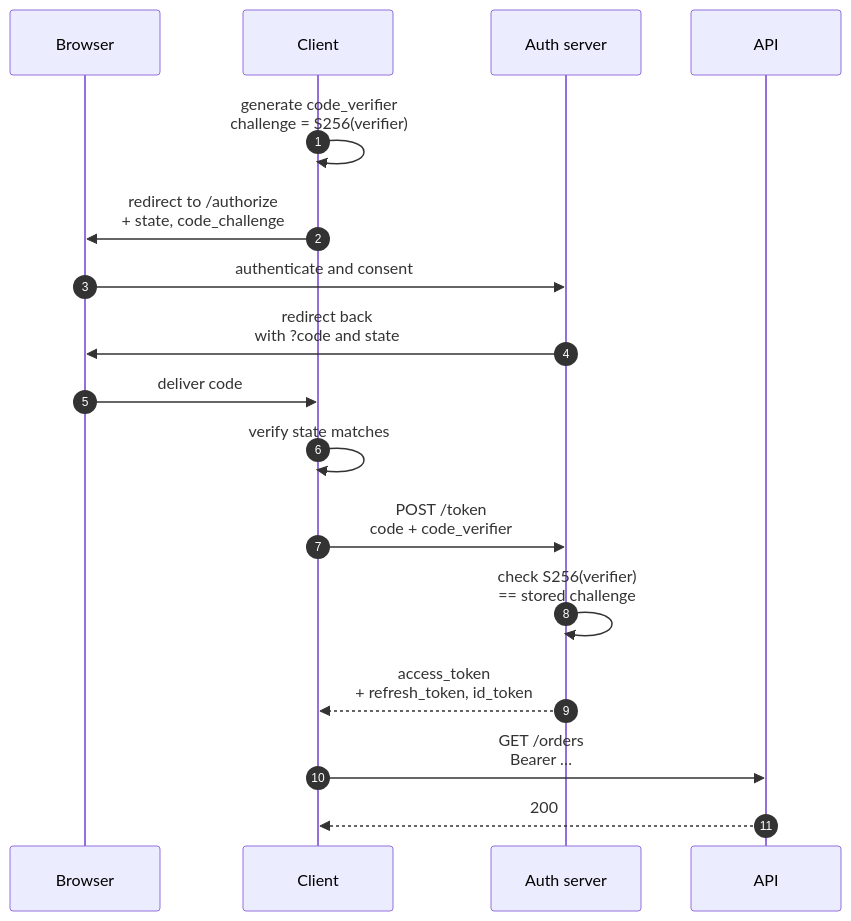
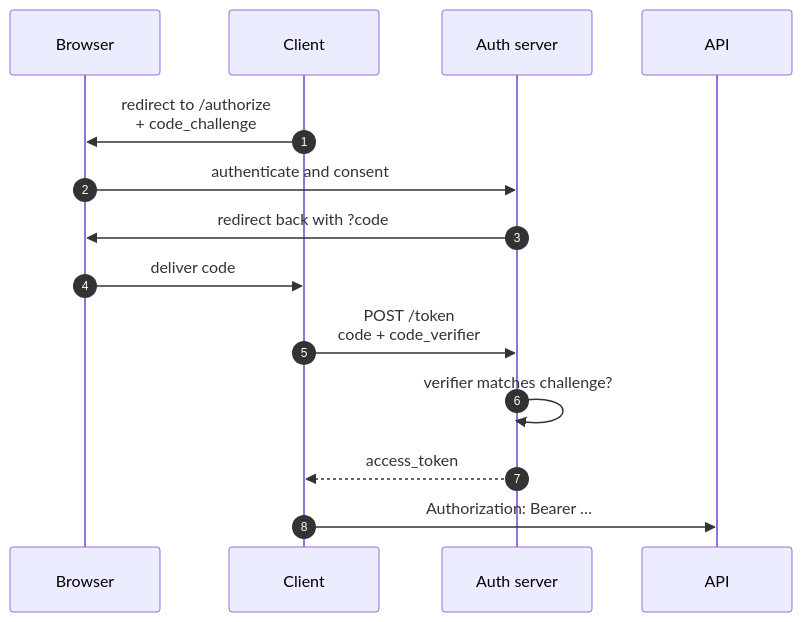
Before and after one commit to kc3222/EngineeringHandbook: the diagram in content/track-2-backend/08-authentication-authorization/03-oauth2-and-oidc.md, drawn with Mermaid. The commit also changed other lines of this file and 21 other files, not shown here.

````diff
--- a/content/track-2-backend/08-authentication-authorization/03-oauth2-and-oidc.md
+++ b/content/track-2-backend/08-authentication-authorization/03-oauth2-and-oidc.md
@@ -41,19 +41,16 @@
 ```mermaid
 sequenceDiagram
   autonumber
   participant U as Browser
   participant C as Client
   participant A as Auth server
   participant R as API
-  C->>C: generate code_verifier<br/>challenge = S256(verifier)
-  C->>U: redirect to /authorize<br/>+ state, code_challenge
+  C->>U: redirect to /authorize<br/>+ code_challenge
   U->>A: authenticate and consent
-  A->>U: redirect back<br/>with ?code and state
+  A->>U: redirect back with ?code
   U->>C: deliver code
-  C->>C: verify state matches
   C->>A: POST /token<br/>code + code_verifier
-  A->>A: check S256(verifier)<br/>== stored challenge
-  A-->>C: access_token<br/>+ refresh_token, id_token
-  C->>R: GET /orders<br/>Bearer …
-  R-->>C: 200
+  A->>A: verifier matches challenge?
+  A-->>C: access_token
+  C->>R: Authorization: Bearer …
 ```
````
